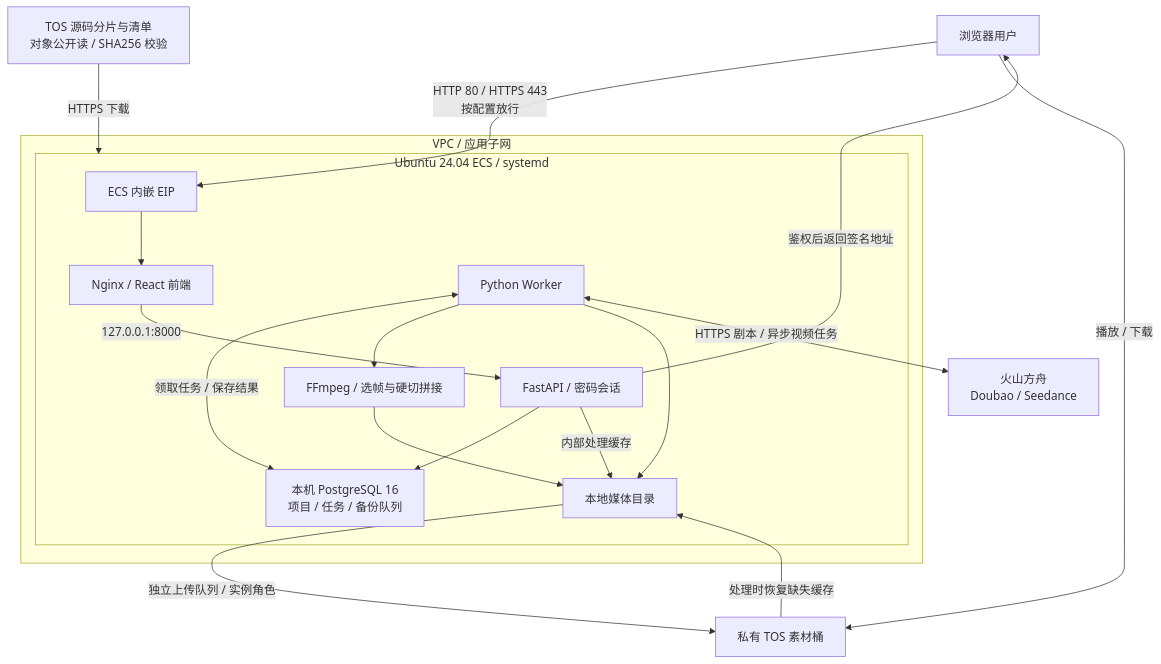
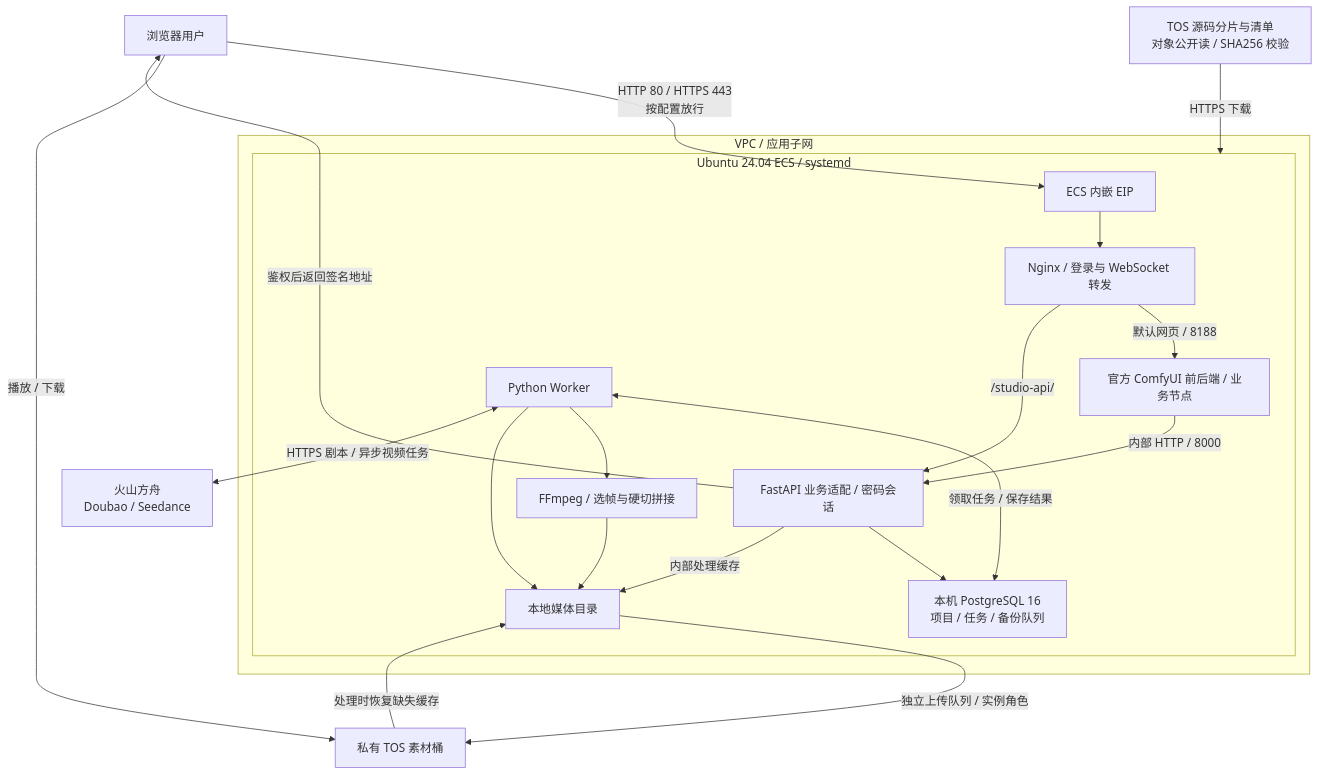
One commit to terraform-volcenginecc-modules/terraform-volcenginecc-ai-script-video-agent changed the diagram in README.zh-CN.md. Above: the diagram before and after it, drawn with Mermaid. The commit also changed other lines of this file and 59 other files, not shown here.

````diff
--- a/README.zh-CN.md
+++ b/README.zh-CN.md
@@ -24,22 +24,24 @@
 ```mermaid
 flowchart TB
   User["浏览器用户"] -->|"HTTP 80 / HTTPS 443<br/>按配置放行"| EIP["ECS 内嵌 EIP"]
   subgraph VPC["VPC / 应用子网"]
     subgraph ECS["Ubuntu 24.04 ECS / systemd"]
-      EIP --> Nginx["Nginx / React 前端"]
-      Nginx -->|"127.0.0.1:8000"| API["FastAPI / 密码会话"]
+      EIP --> Nginx["Nginx / 登录与 WebSocket 转发"]
+      Nginx -->|"默认网页 / 8188"| Comfy["官方 ComfyUI 前后端 / 业务节点"]
+      Comfy -->|"内部 HTTP / 8000"| API["FastAPI 业务适配 / 密码会话"]
+      Nginx -->|"/studio-api/"| API
       API --> PG["本机 PostgreSQL 16<br/>项目 / 任务 / 备份队列"]
       Worker["Python Worker"] <-->|"领取任务 / 保存结果"| PG
       Worker --> FFmpeg["FFmpeg / 选帧与硬切拼接"]
       FFmpeg --> Media["本地媒体目录"]
       Worker --> Media
       API -->|"内部处理缓存"| Media
     end
   end
   Worker <-->|"HTTPS 剧本 / 异步视频任务"| Ark["火山方舟<br/>Doubao / Seedance"]
   Media -->|"独立上传队列 / 实例角色"| TOS["私有 TOS 素材桶"]
   API -->|"鉴权后返回签名地址"| User
   User -->|"播放 / 下载"| TOS
   TOS -->|"处理时恢复缺失缓存"| Media
   Source["TOS 源码分片与清单<br/>对象公开读 / SHA256 校验"] -->|"HTTPS 下载"| ECS
 ```
````
